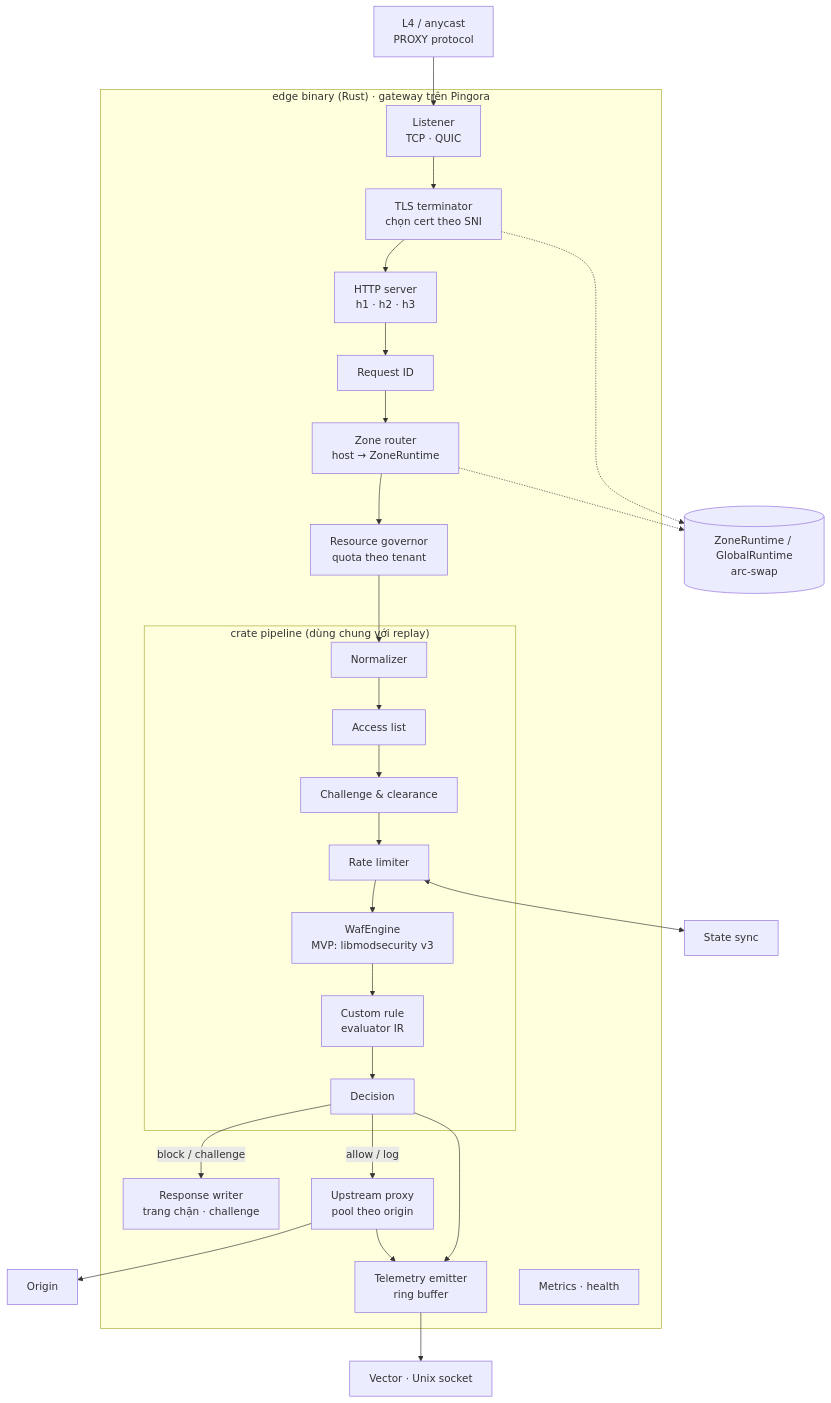
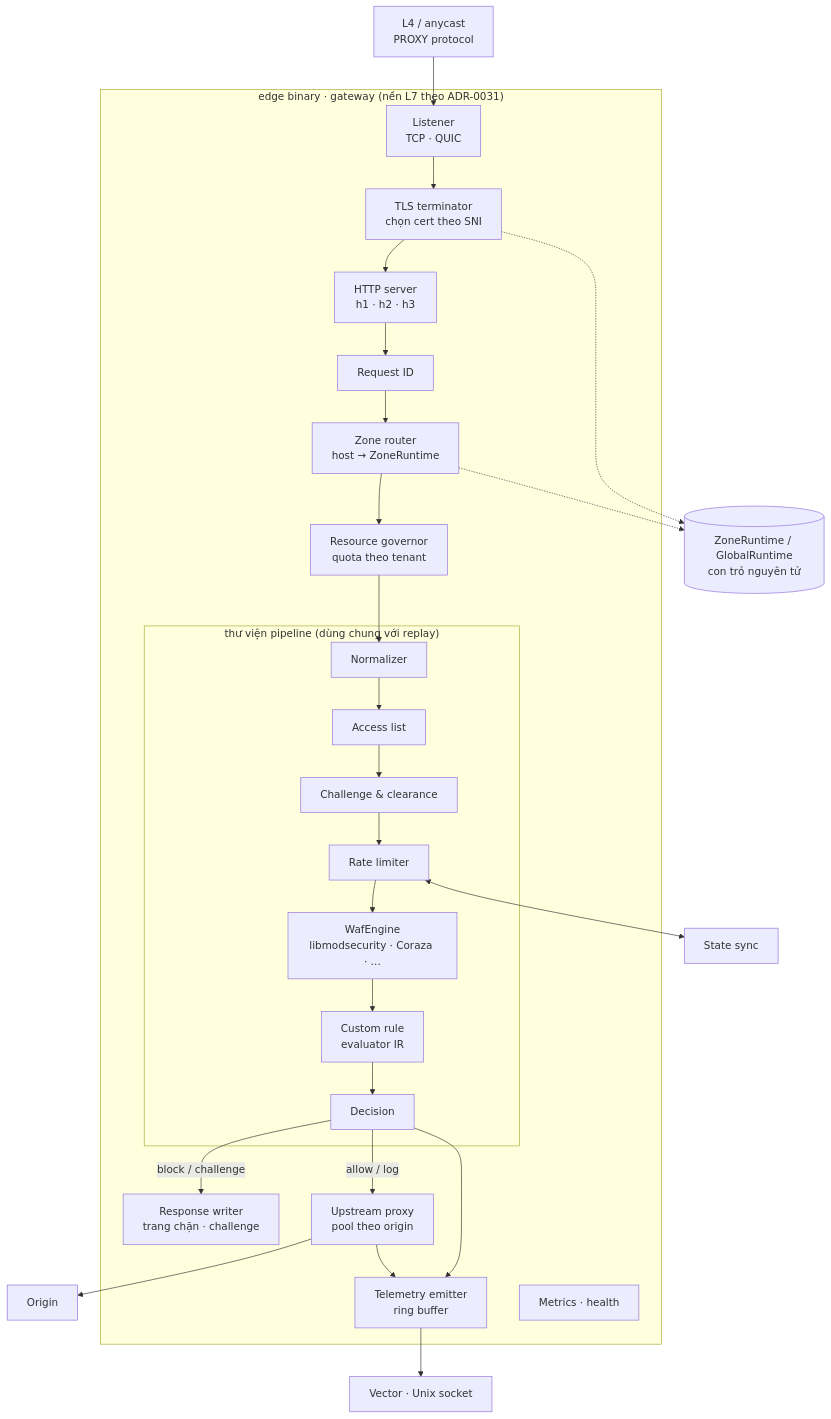
One commit to metap-org/metap-demo-waf changed the diagram in docs/architecture/05-building-blocks/08-components/01-edge-gateway.md. Above: the diagram before and after it, drawn with Mermaid. The commit also changed other lines of this file and 16 other files, not shown here.

First line of the commit message:
docs: turn the edge L7 and WAF engine choice into an options analysis

````diff
--- a/docs/architecture/05-building-blocks/08-components/01-edge-gateway.md
+++ b/docs/architecture/05-building-blocks/08-components/01-edge-gateway.md
@@ -10,39 +13,39 @@
 ```mermaid
 flowchart TB
     lb["L4 / anycast<br/>PROXY protocol"]
-    subgraph GW["edge binary (Rust) · gateway trên Pingora"]
+    subgraph GW["edge binary · gateway (nền L7 theo ADR-0031)"]
         lst["Listener<br/>TCP · QUIC"]
         tls["TLS terminator<br/>chọn cert theo SNI"]
         http["HTTP server<br/>h1 · h2 · h3"]
         rid["Request ID"]
         zr["Zone router<br/>host → ZoneRuntime"]
         gov["Resource governor<br/>quota theo tenant"]
-        subgraph PIPE["crate pipeline (dùng chung với replay)"]
+        subgraph PIPE["thư viện pipeline (dùng chung với replay)"]
             norm["Normalizer"]
             acl["Access list"]
             uam["Challenge & clearance"]
             rl["Rate limiter"]
-            waf["WafEngine<br/>MVP: libmodsecurity v3"]
+            waf["WafEngine<br/>libmodsecurity · Coraza · …"]
             cel["Custom rule<br/>evaluator IR"]
             dec["Decision"]
         end
         resp["Response writer<br/>trang chặn · challenge"]
         up["Upstream proxy<br/>pool theo origin"]
         tel["Telemetry emitter<br/>ring buffer"]
         met["Metrics · health"]
     end
-    snap[("ZoneRuntime / GlobalRuntime<br/>arc-swap")]
+    snap[("ZoneRuntime / GlobalRuntime<br/>con trỏ nguyên tử")]
     sync["State sync"]
     vec["Vector · Unix socket"]
     origin["Origin"]
 
     lb --> lst --> tls --> http --> rid --> zr --> gov --> norm --> acl --> uam --> rl --> waf --> cel --> dec
     dec -->|block / challenge| resp
     dec -->|allow / log| up --> origin
     tls -.-> snap
     zr -.-> snap
     rl <--> sync
     dec --> tel
     up --> tel
     tel --> vec
 ```
````
